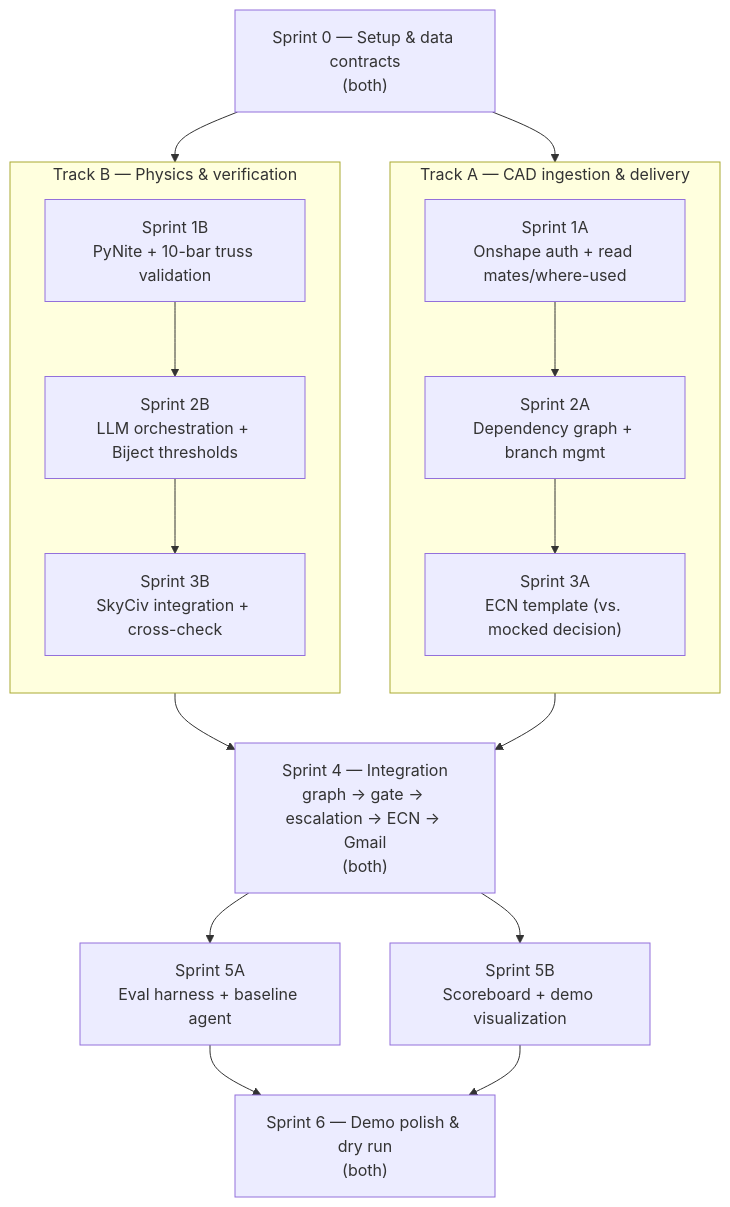
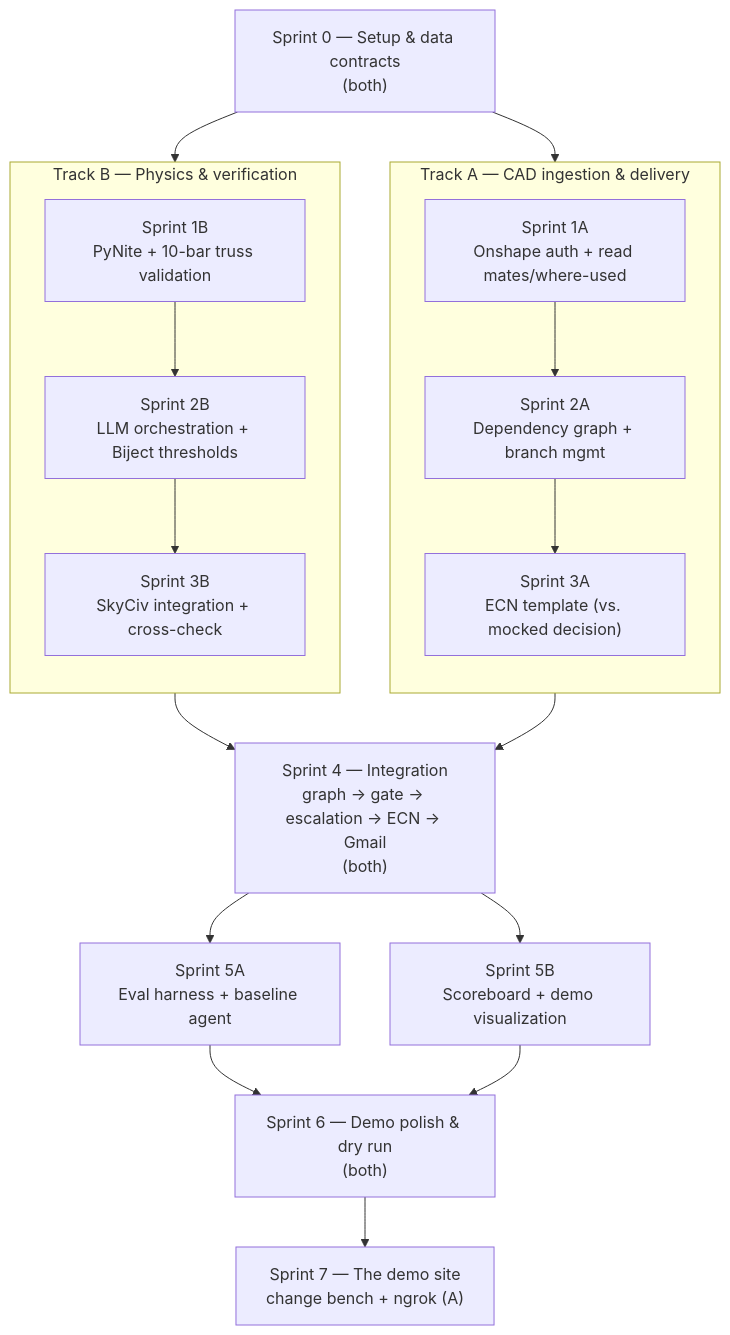
One commit to Akhatri98/maah_earl changed the diagram in Plan/sprint_timeline.md. Above: the diagram before and after it, drawn with Mermaid. The commit also changed other lines of this file and 11 other files, not shown here.

First line of the commit message:
Sprint 7: EARL as a site a judge can drive, and something for ngrok to tunnel

````diff
--- a/Plan/sprint_timeline.md
+++ b/Plan/sprint_timeline.md
@@ -106,30 +137,31 @@
 ```mermaid
 flowchart TD
     S0["Sprint 0 — Setup & data contracts<br/>(both)"]
 
     subgraph TA["Track A — CAD ingestion & delivery"]
         direction TB
         A1["Sprint 1A<br/>Onshape auth + read mates/where-used"]
         A2["Sprint 2A<br/>Dependency graph + branch mgmt"]
         A3["Sprint 3A<br/>ECN template (vs. mocked decision)"]
     end
 
     subgraph TB_["Track B — Physics & verification"]
         direction TB
         B1["Sprint 1B<br/>PyNite + 10-bar truss validation"]
         B2["Sprint 2B<br/>LLM orchestration + Biject thresholds"]
         B3["Sprint 3B<br/>SkyCiv integration + cross-check"]
     end
 
     S0 --> A1 --> A2 --> A3
     S0 --> B1 --> B2 --> B3
 
     A3 --> S4["Sprint 4 — Integration<br/>graph → gate → escalation → ECN → Gmail<br/>(both)"]
     B3 --> S4
 
     S4 --> C1["Sprint 5A<br/>Eval harness + baseline agent"]
     S4 --> C2["Sprint 5B<br/>Scoreboard + demo visualization"]
 
     C1 --> S6["Sprint 6 — Demo polish & dry run<br/>(both)"]
     C2 --> S6
+    S6 --> S7["Sprint 7 — The demo site<br/>change bench + ngrok (A)"]
 ```
````
